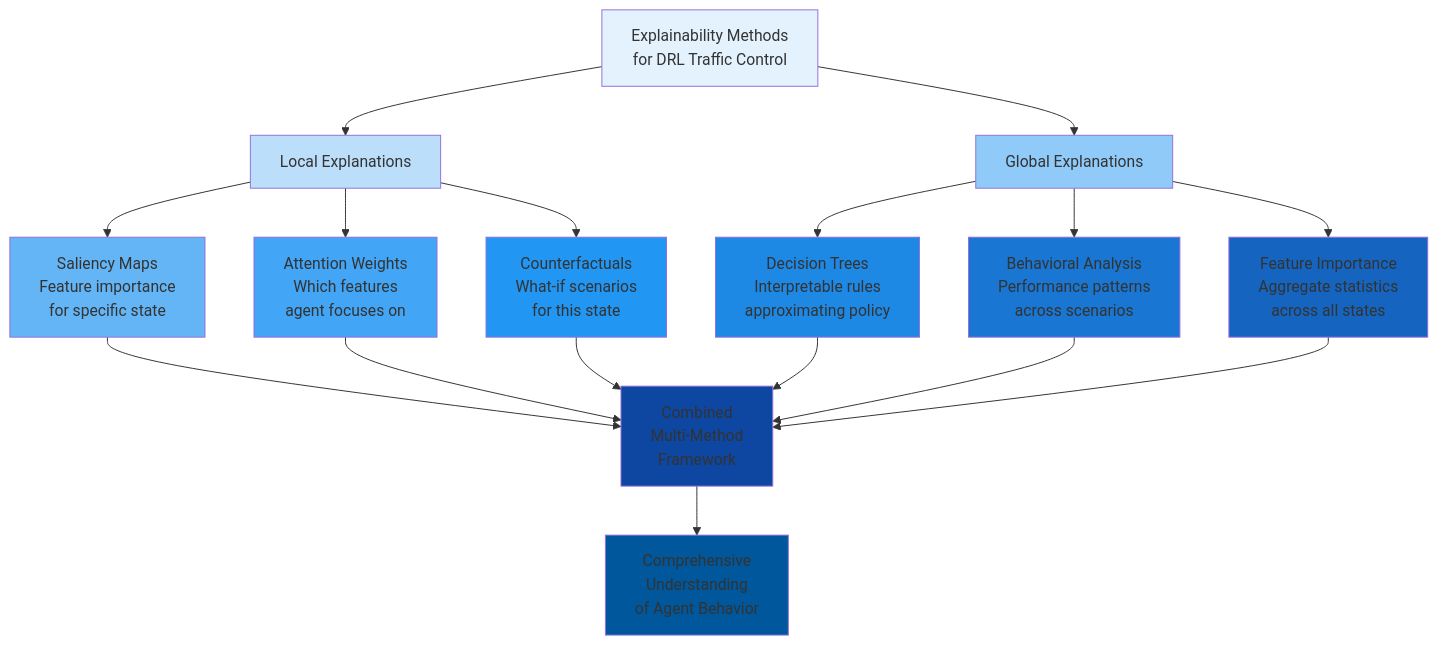
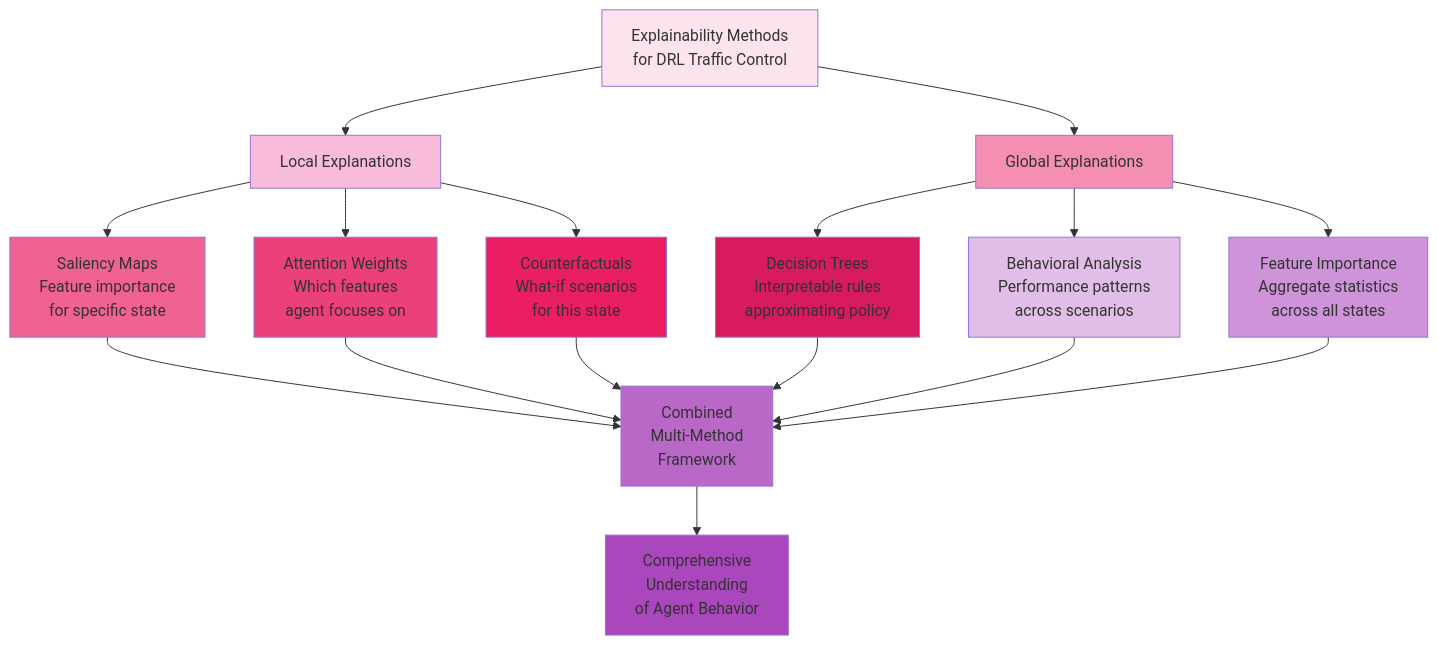
Before and after one commit to Chaklader/DPRL-Value-based-methods: the second of 8 diagrams in C_7.md, drawn with Mermaid. The commit also changed other lines of this file, not shown here.

Commit message:
The commit is successful

````diff
--- a/C_7.md
+++ b/C_7.md
@@ -229,34 +237,34 @@
 ```mermaid
 flowchart TD
     A["Explainability Methods<br>for DRL Traffic Control"] --> B["Local Explanations"]
     A --> C["Global Explanations"]
 
-    B --> B1["Saliency Maps<br>Feature importance<br>for specific state"]
-    B --> B2["Attention Weights<br>Which features<br>agent focuses on"]
-    B --> B3["Counterfactuals<br>What-if scenarios<br>for this state"]
+    B --> D["Saliency Maps<br>Feature importance<br>for specific state"]
+    B --> E["Attention Weights<br>Which features<br>agent focuses on"]
+    B --> F["Counterfactuals<br>What-if scenarios<br>for this state"]
 
-    C --> C1["Decision Trees<br>Interpretable rules<br>approximating policy"]
-    C --> C2["Behavioral Analysis<br>Performance patterns<br>across scenarios"]
-    C --> C3["Feature Importance<br>Aggregate statistics<br>across all states"]
+    C --> G["Decision Trees<br>Interpretable rules<br>approximating policy"]
+    C --> H["Behavioral Analysis<br>Performance patterns<br>across scenarios"]
+    C --> I["Feature Importance<br>Aggregate statistics<br>across all states"]
 
-    B1 --> D["Combined<br>Multi-Method<br>Framework"]
-    B2 --> D
-    B3 --> D
-    C1 --> D
-    C2 --> D
-    C3 --> D
+    D --> J["Combined<br>Multi-Method<br>Framework"]
+    E --> J
+    F --> J
+    G --> J
+    H --> J
+    I --> J
 
-    D --> E["Comprehensive<br>Understanding<br>of Agent Behavior"]
+    J --> K["Comprehensive<br>Understanding<br>of Agent Behavior"]
 
-    style A fill:#E3F2FD
-    style B fill:#BBDEFB
-    style C fill:#90CAF9
-    style B1 fill:#64B5F6
-    style B2 fill:#42A5F5
-    style B3 fill:#2196F3
-    style C1 fill:#1E88E5
-    style C2 fill:#1976D2
-    style C3 fill:#1565C0
-    style D fill:#0D47A1
-    style E fill:#01579B
+style A fill:#FCE4EC
+style B fill:#F8BBD9
+style C fill:#F48FB1
+style D fill:#F06292
+style E fill:#EC407A
+style F fill:#E91E63
+style G fill:#D81B60
+style H fill:#E1BEE7
+style I fill:#CE93D8
+style J fill:#BA68C8
+style K fill:#AB47BC
 ```
````
